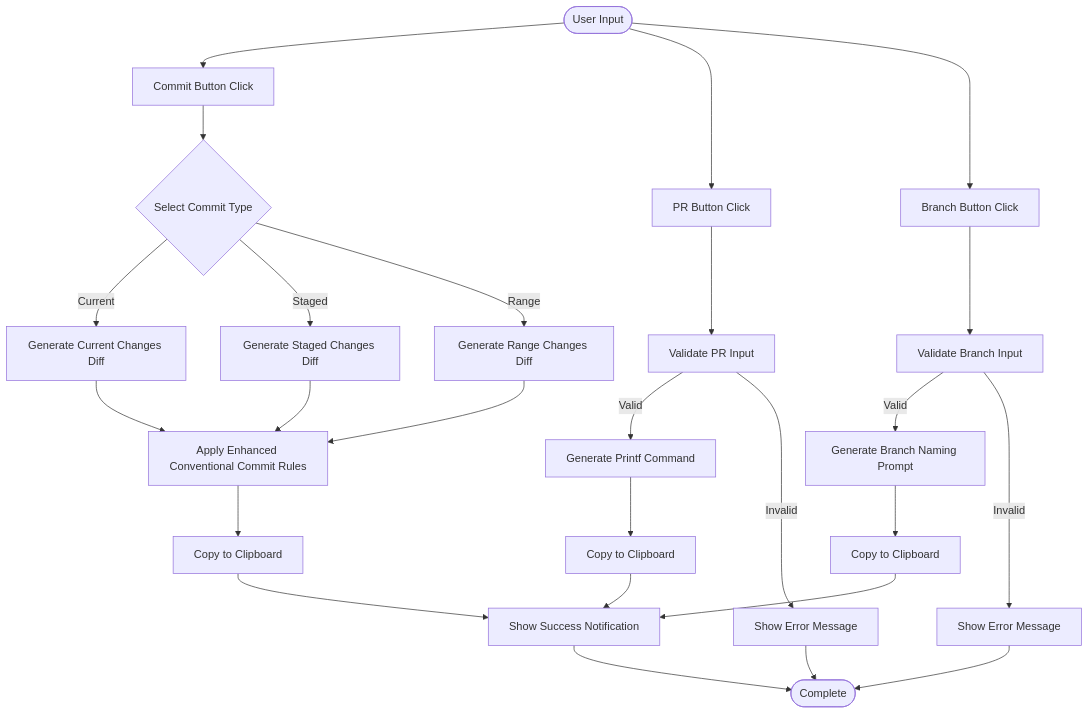
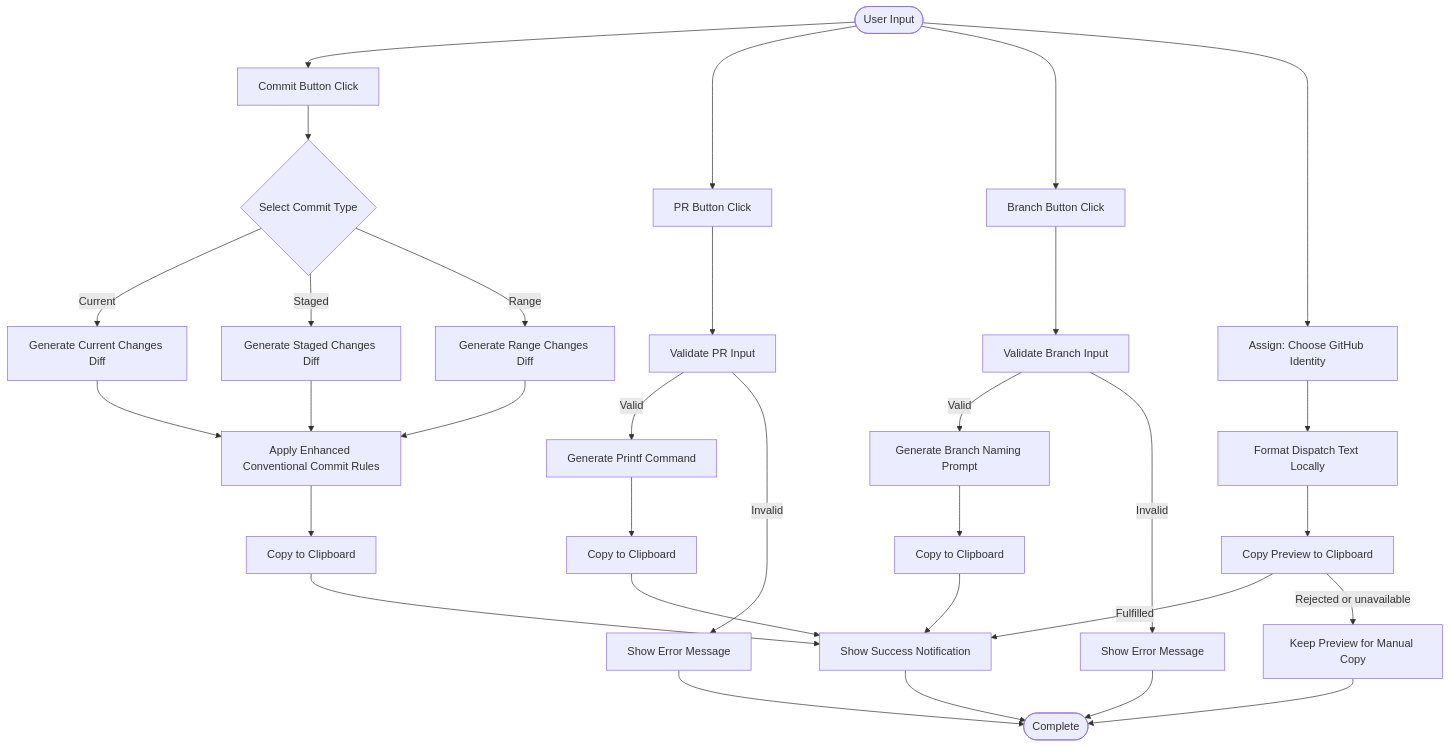
Before and after one commit to HsiehShuJeng/scott-edge-extensions: the second of 5 diagrams in README.md, drawn with Mermaid. The commit also changed other lines of this file and 11 other files, not shown here.

````diff
--- a/README.md
+++ b/README.md
@@ -92,34 +97,40 @@
 ```mermaid
 flowchart TD
     Start(["User Input"])
     Start --> CommitBtn["Commit Button Click"]
     Start --> PRBtn["PR Button Click"]
     Start --> BranchBtn["Branch Button Click"]
+    Start --> AssignBtn["Assign: Choose GitHub Identity"]
+    AssignBtn --> AssignPrompt["Format Dispatch Text Locally"]
+    AssignPrompt --> CopyAssign["Copy Preview to Clipboard"]
+    CopyAssign --> |"Fulfilled"| Notify
+    CopyAssign --> |"Rejected or unavailable"| ManualAssign["Keep Preview for Manual Copy"]
+    ManualAssign --> End
     
     CommitBtn --> CommitType{"Select Commit Type"}
     CommitType --> |"Current"| CurrentDiff["Generate Current Changes Diff"]
     CommitType --> |"Staged"| StagedDiff["Generate Staged Changes Diff"]
     CommitType --> |"Range"| RangeDiff["Generate Range Changes Diff"]
     
     CurrentDiff --> EnhancedRules["Apply Enhanced Conventional Commit Rules"]
     StagedDiff --> EnhancedRules
     RangeDiff --> EnhancedRules
     EnhancedRules --> CopyCommit["Copy to Clipboard"]
     
     PRBtn --> ValidatePR["Validate PR Input"]
     ValidatePR --> |"Valid"| GeneratePRCmd["Generate Printf Command"]
     ValidatePR --> |"Invalid"| ShowPRError["Show Error Message"]
     GeneratePRCmd --> CopyPR["Copy to Clipboard"]
     
     BranchBtn --> ValidateBranch["Validate Branch Input"]
     ValidateBranch --> |"Valid"| GenerateBranchPrompt["Generate Branch Naming Prompt"]
     ValidateBranch --> |"Invalid"| ShowBranchError["Show Error Message"]
     GenerateBranchPrompt --> CopyBranch["Copy to Clipboard"]
     
     CopyCommit --> Notify["Show Success Notification"]
     CopyPR --> Notify
     CopyBranch --> Notify
     ShowPRError --> End
     ShowBranchError --> End
     Notify --> End(["Complete"])
 ```
````
